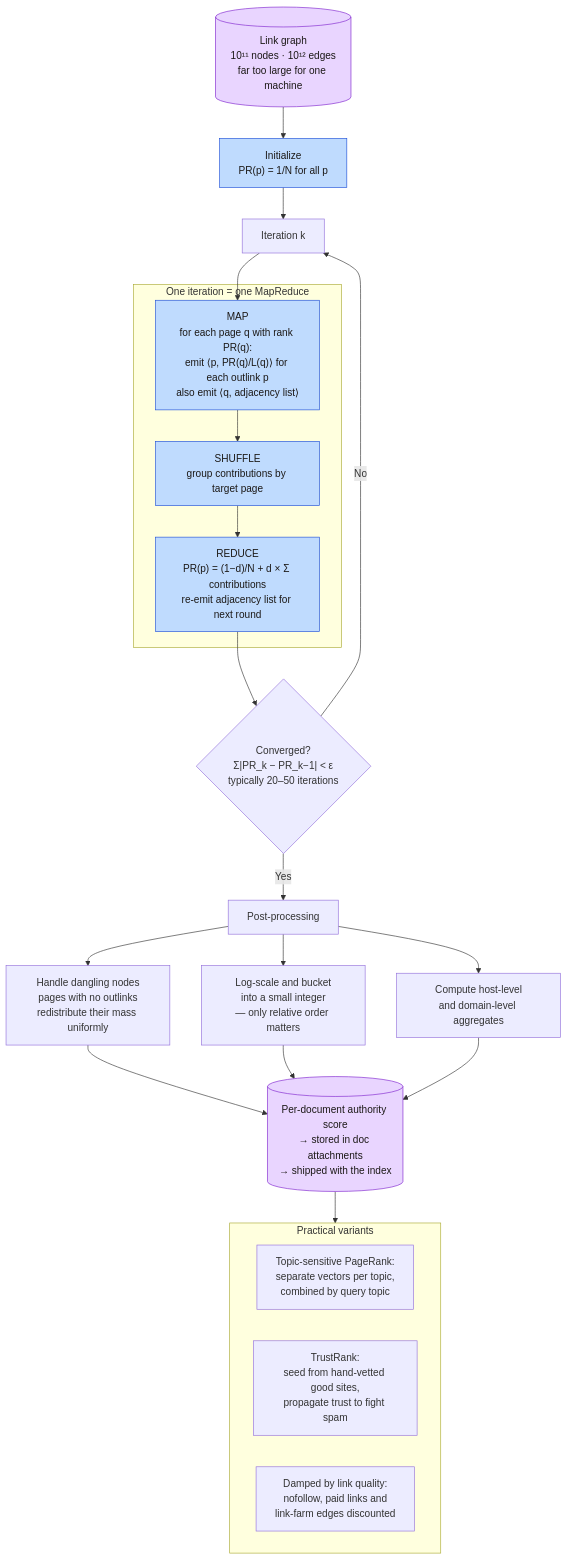
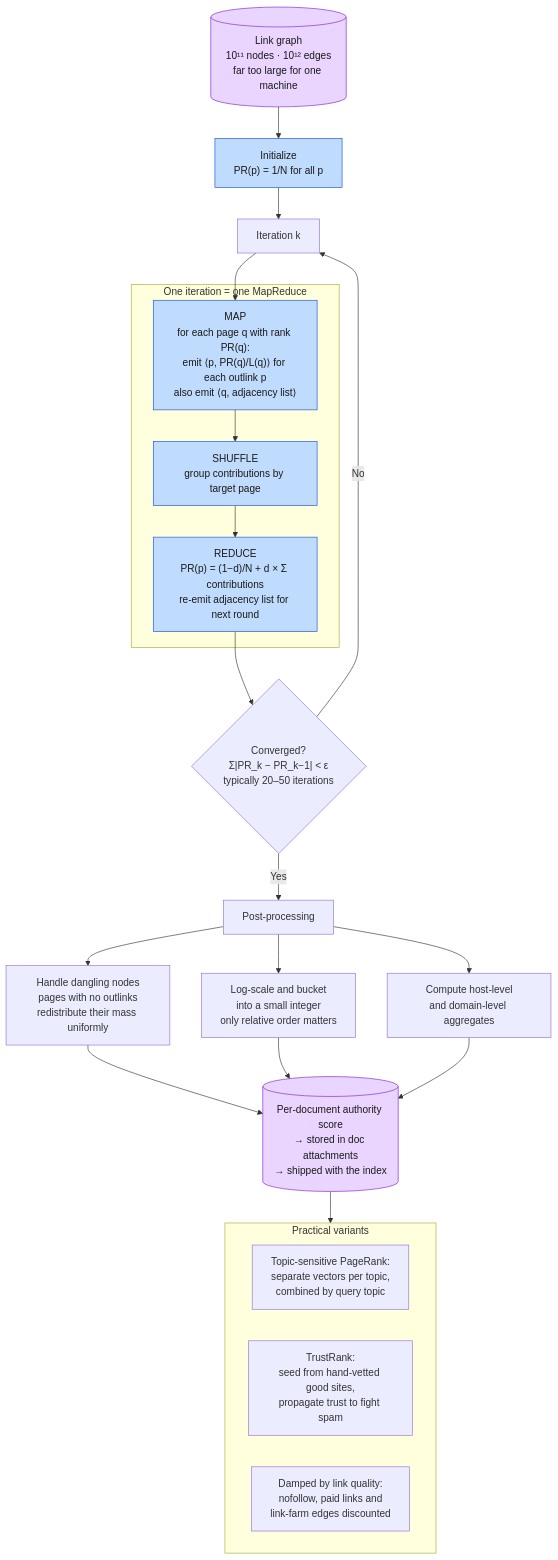
Before and after one commit to ahmedselimmansor-ctrl/google-search-system-design: the diagram in diagrams/D-41-pagerank-computation-at-scale.mmd, drawn with Mermaid. The commit also changed 89 other files, not shown here.

```diff
--- a/diagrams/D-41-pagerank-computation-at-scale.mmd
+++ b/diagrams/D-41-pagerank-computation-at-scale.mmd
@@ -1,38 +1,38 @@
 flowchart TB
     G[("Link graph<br/>10¹¹ nodes · 10¹² edges<br/>far too large for one machine")]
 
     G --> INIT["Initialize<br/>PR(p) = 1/N for all p"]
 
     INIT --> ITER["Iteration k"]
 
     subgraph MR["One iteration = one MapReduce"]
         MAP["MAP<br/>for each page q with rank PR(q):<br/>emit ⟨p, PR(q)/L(q)⟩ for each outlink p<br/>also emit ⟨q, adjacency list⟩"]
         SHUF["SHUFFLE<br/>group contributions by target page"]
         RED["REDUCE<br/>PR(p) = (1−d)/N + d × Σ contributions<br/>re-emit adjacency list for next round"]
         MAP --> SHUF --> RED
     end
 
     ITER --> MAP
     RED --> CONV{"Converged?<br/>Σ|PR_k − PR_k−1| < ε<br/>typically 20–50 iterations"}
 
     CONV -->|"No"| ITER
     CONV -->|"Yes"| POST["Post-processing"]
 
     POST --> P1["Handle dangling nodes<br/>pages with no outlinks<br/>redistribute their mass uniformly"]
-    POST --> P2["Log-scale and bucket<br/>into a small integer<br/>— only relative order matters"]
+    POST --> P2["Log-scale and bucket<br/>into a small integer<br/>only relative order matters"]
     POST --> P3["Compute host-level<br/>and domain-level aggregates"]
 
     P1 & P2 & P3 --> OUT[("Per-document authority score<br/>→ stored in doc attachments<br/>→ shipped with the index")]
 
     subgraph VARIANTS["Practical variants"]
         V1["Topic-sensitive PageRank:<br/>separate vectors per topic,<br/>combined by query topic"]
         V2["TrustRank:<br/>seed from hand-vetted good sites,<br/>propagate trust to fight spam"]
         V3["Damped by link quality:<br/>nofollow, paid links and<br/>link-farm edges discounted"]
     end
 
     OUT --> VARIANTS
 
     classDef compute fill:#bfdbfe,stroke:#1d4ed8,color:#1c1917
     classDef store fill:#e9d5ff,stroke:#7e22ce,color:#1c1917
     class MAP,SHUF,RED,INIT compute
     class G,OUT store
```
